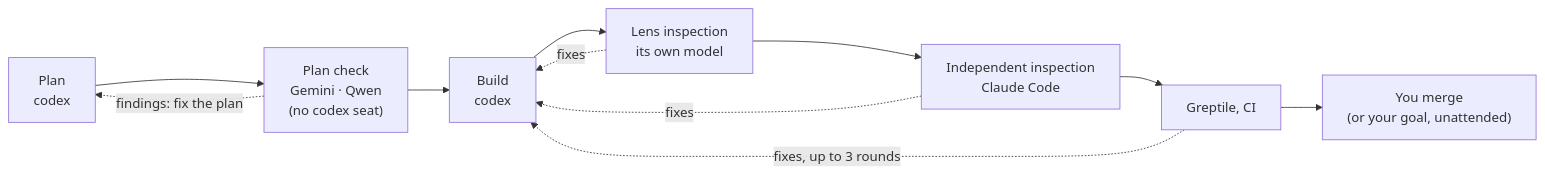
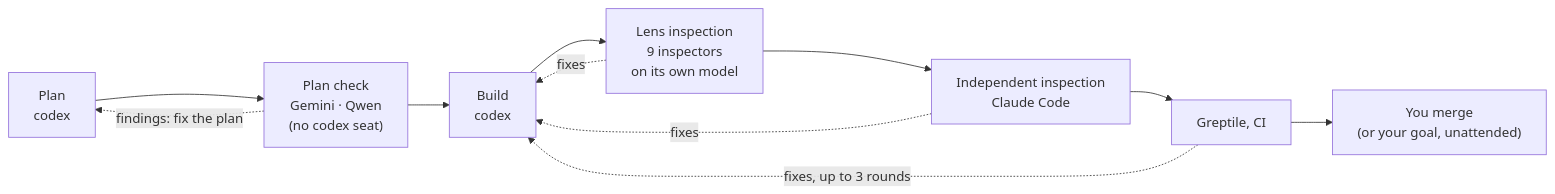
One commit to kaithoughtarchitect/toppingout changed the second of 3 diagrams in README.md. Above: the diagram before and after it, drawn with Mermaid. The commit also changed other lines of this file and 24 other files, not shown here.

````diff
--- a/README.md
+++ b/README.md
@@ -115,8 +203,8 @@
 ```mermaid
 flowchart LR
-  P["Plan<br/>codex"] --> C["Plan check<br/>Gemini · Qwen<br/>(no codex seat)"] --> B["Build<br/>codex"] --> L["Lens inspection<br/>its own model"] --> I["Independent inspection<br/>Claude Code"] --> G["Greptile, CI"] --> M["You merge<br/>(or your goal, unattended)"]
+  P["Plan<br/>codex"] --> C["Plan check<br/>Gemini · Qwen<br/>(no codex seat)"] --> B["Build<br/>codex"] --> L["Lens inspection<br/>9 inspectors<br/>on its own model"] --> I["Independent inspection<br/>Claude Code"] --> G["Greptile, CI"] --> M["You merge<br/>(or your goal, unattended)"]
   C -. "findings: fix the plan" .-> P
   L -. "fixes" .-> B
   I -. "fixes" .-> B
   G -. "fixes, up to 3 rounds" .-> B
 ```
````
